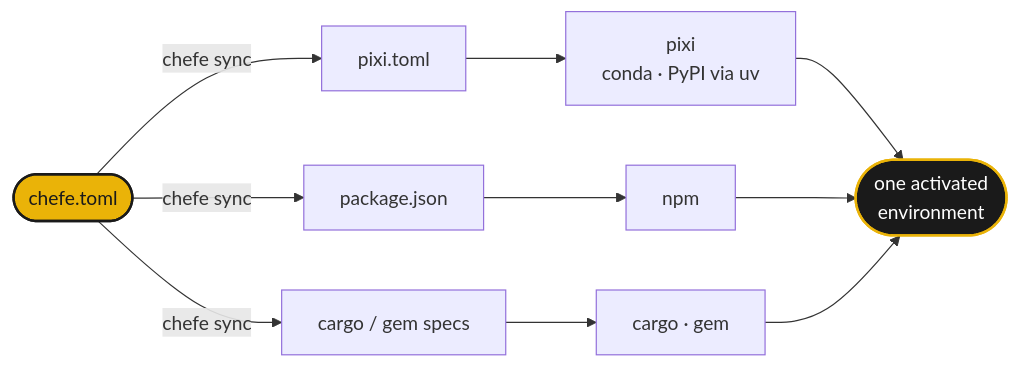
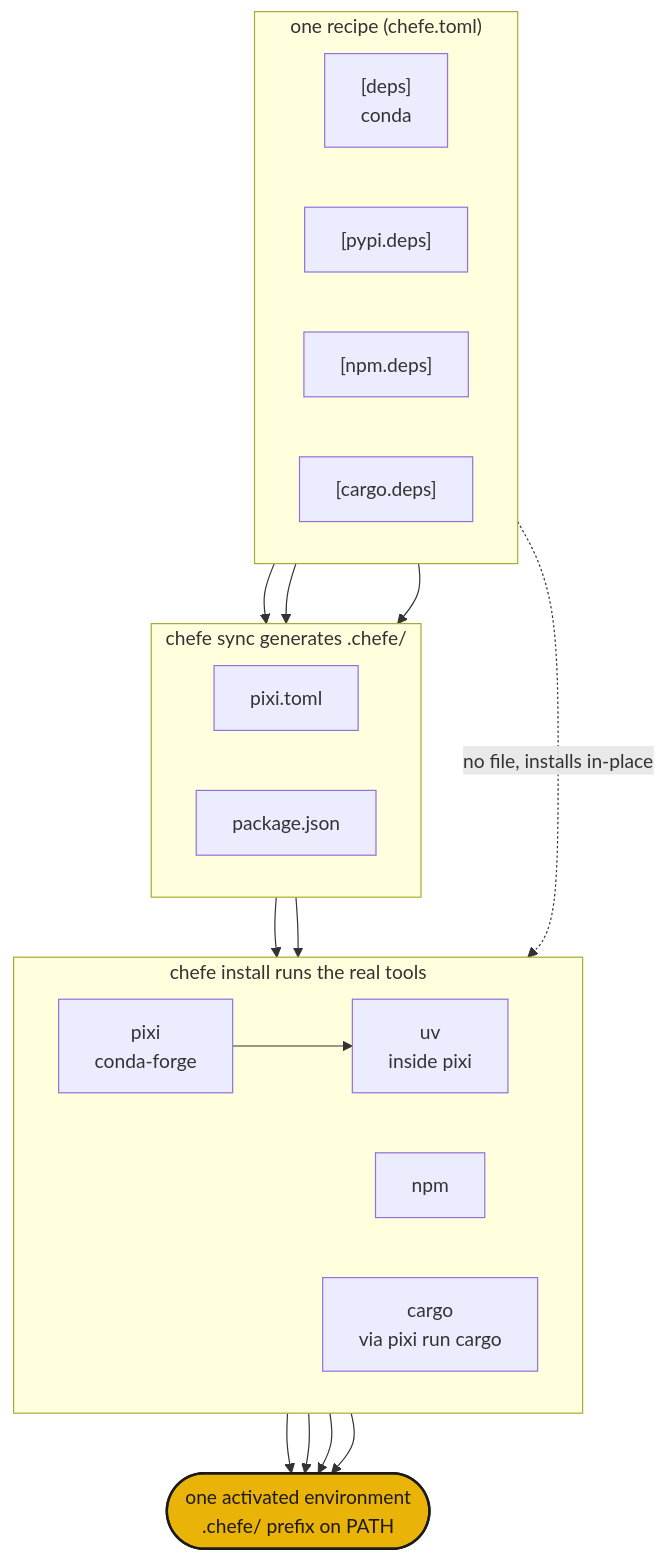
The diagram in docs/index.md (phvv-me/chefe), drawn with Mermaid before and after one commit.

Commit message:
Expand the architecture diagram with per-ecosystem regions
Redraw the flowchart as three labeled regions (recipe, compiled, solve)
showing how each ecosystem flows: conda and PyPI compile into pixi.toml,
npm into package.json, and cargo installs in-place via pixi run cargo. Make
the terminal environment node amber so it reads in dark mode too.

````diff
--- a/docs/index.md
+++ b/docs/index.md
@@ -55,10 +55,42 @@
 ```mermaid
-flowchart LR
-    M(["chefe.toml"]):::brand
-    M -->|chefe sync| P["pixi.toml"] --> PIXI["pixi<br/>conda · PyPI via uv"] --> ENV
-    M -->|chefe sync| N["package.json"] --> NPM["npm"] --> ENV
-    M -->|chefe sync| C["cargo / gem specs"] --> CARGO["cargo · gem"] --> ENV
-    ENV(["one activated<br/>environment"]):::brandDark
+flowchart TB
+    subgraph recipe["one recipe (chefe.toml)"]
+        direction LR
+        D["[deps]<br/>conda"]
+        PY["[pypi.deps]"]
+        NP["[npm.deps]"]
+        CG["[cargo.deps]"]
+    end
+
+    subgraph compiled["chefe sync generates .chefe/"]
+        direction LR
+        PT["pixi.toml"]
+        PJ["package.json"]
+    end
+
+    subgraph solve["chefe install runs the real tools"]
+        direction LR
+        PIXI["pixi<br/>conda-forge"]
+        UV["uv<br/>inside pixi"]
+        NPM["npm"]
+        CARGO["cargo<br/>via pixi run cargo"]
+    end
+
+    ENV(["one activated environment<br/>.chefe/ prefix on PATH"]):::brand
+
+    D --> PT
+    PY --> PT
+    NP --> PJ
+    CG -. no file, installs in-place .-> CARGO
+
+    PT --> PIXI
+    PIXI --> UV
+    PJ --> NPM
+
+    PIXI --> ENV
+    UV --> ENV
+    NPM --> ENV
+    CARGO --> ENV
+
     classDef brand fill:#eab308,stroke:#1a1a1a,stroke-width:2px,color:#1a1a1a;
-    classDef brandDark fill:#1a1a1a,stroke:#eab308,stroke-width:2px,color:#ffffff;
 ```
````
